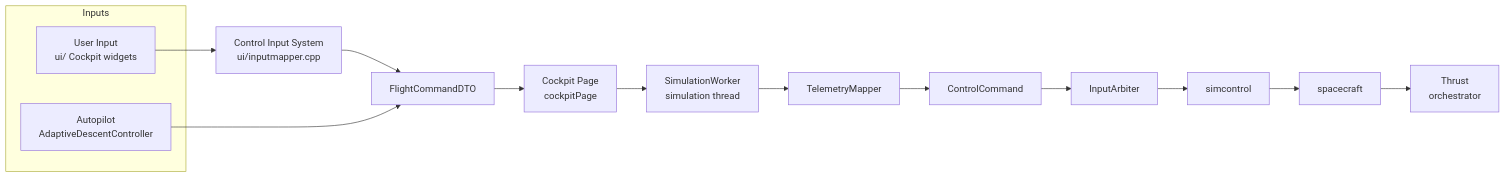
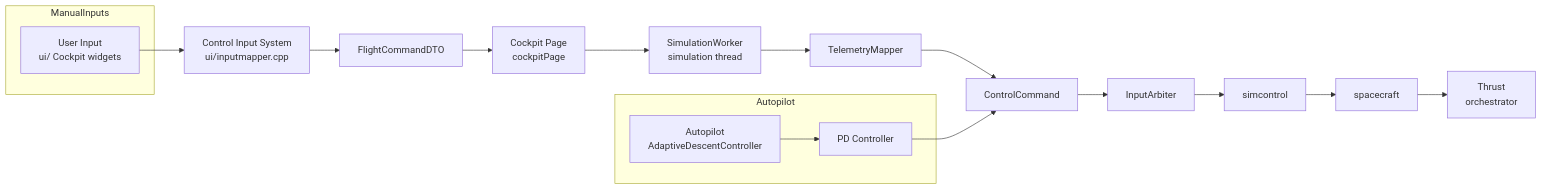
One commit to gerd-lrt-dev/moonlander changed the first of 5 diagrams in docs/data-flow-diagrams.md. Above: the diagram before and after it, drawn with Mermaid. The commit also changed other lines of this file, not shown here.

Commit message:
docs(data-flow): address final feedback on autopilot path, physics facade, and RCS actuation

````diff
--- a/docs/data-flow-diagrams.md
+++ b/docs/data-flow-diagrams.md
@@ -58,30 +69,35 @@
 ```mermaid
 flowchart LR
-    subgraph Inputs
+    subgraph ManualInputs
         UI[User Input<br/>ui/ Cockpit widgets]
+    end
+
+    subgraph Autopilot
         AP[Autopilot<br/>AdaptiveDescentController]
+        PD[PD Controller]
     end
 
     IM[Control Input System<br/>ui/inputmapper.cpp]
     DTO[FlightCommandDTO]
     CW[Cockpit Page<br/>cockpitPage]
     SW[SimulationWorker<br/>simulation thread]
     TM[TelemetryMapper]
     CC[ControlCommand]
     IA[InputArbiter]
     SC[simcontrol]
     SC2[spacecraft]
     TH[Thrust<br/>orchestrator]
 
     UI --> IM
     IM --> DTO
-    AP --> DTO
     DTO --> CW
     CW --> SW
     SW --> TM
     TM --> CC
     CC --> IA
+    AP --> PD
+    PD --> CC
     IA --> SC
     SC --> SC2
     SC2 --> TH
 ```
````
